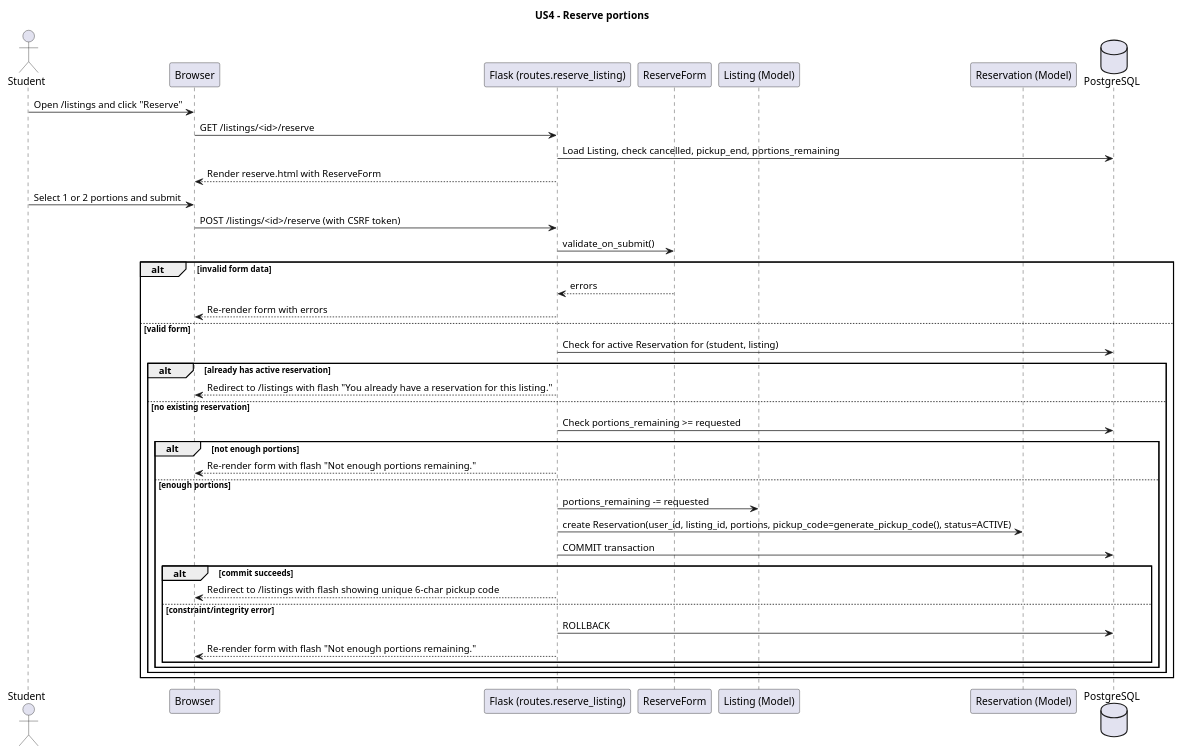
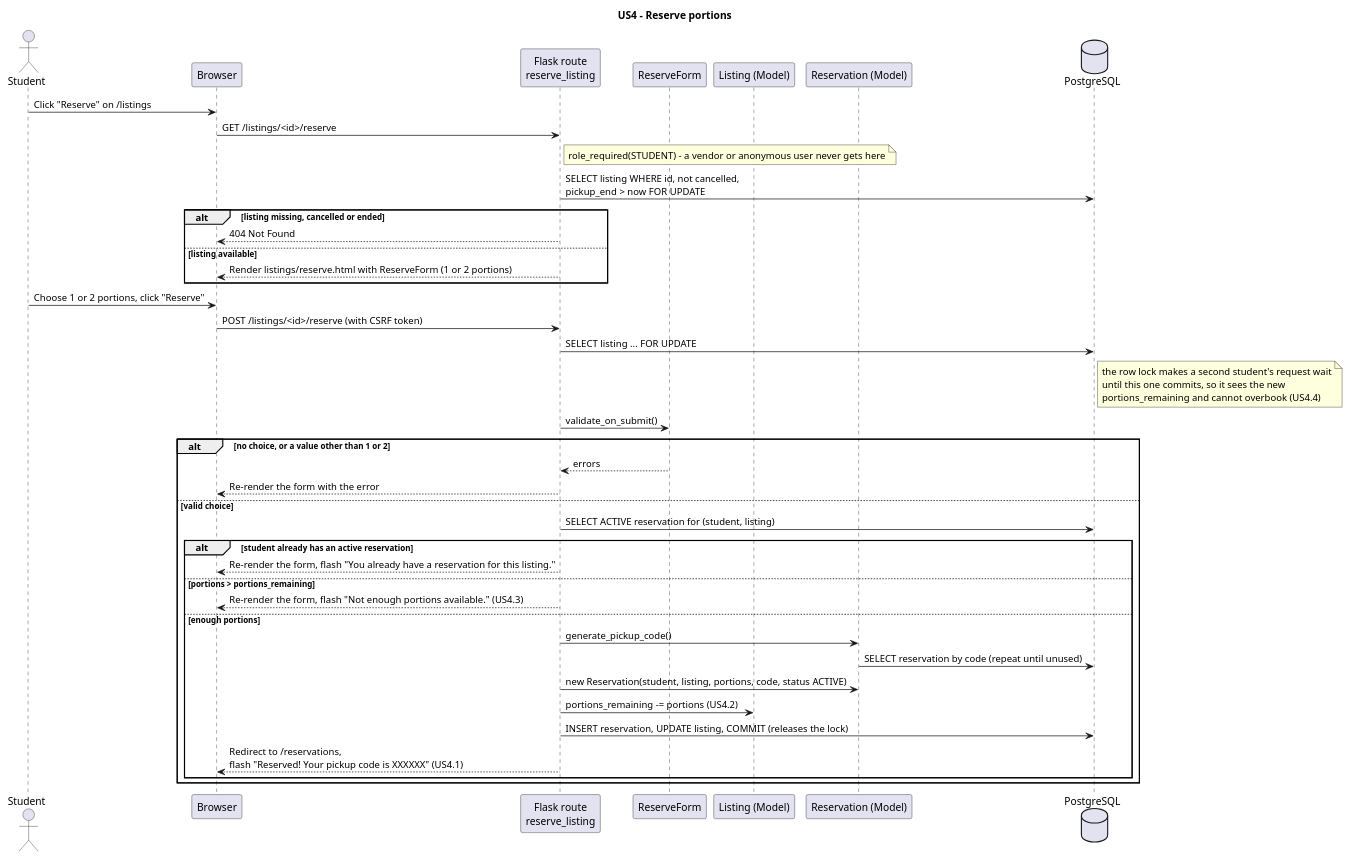
One commit to AdenPotato/CS3250-project-2 changed the diagram in uml/sequence-US4.wsd. Above: the diagram before and after it, drawn with PlantUML. The commit also changed 3 other files, not shown here.

```diff
--- a/uml/sequence-US4.wsd
+++ b/uml/sequence-US4.wsd
@@ -1,45 +1,50 @@
 @startuml US4-Reserve-Portions
 title US4 - Reserve portions
 
 actor Student
 participant "Browser" as Browser
-participant "Flask (routes.reserve_listing)" as Route
+participant "Flask route\nreserve_listing" as Route
 participant "ReserveForm" as Form
 participant "Listing (Model)" as Listing
 participant "Reservation (Model)" as Reservation
 database "PostgreSQL" as DB
 
-Student -> Browser: Open /listings and click "Reserve"
+Student -> Browser: Click "Reserve" on /listings
 Browser -> Route: GET /listings/<id>/reserve
-Route -> DB: Load Listing, check cancelled, pickup_end, portions_remaining
-Route --> Browser: Render reserve.html with ReserveForm
+note right of Route: role_required(STUDENT) - a vendor or anonymous user never gets here
+Route -> DB: SELECT listing WHERE id, not cancelled,\npickup_end > now FOR UPDATE
+alt listing missing, cancelled or ended
+  Route --> Browser: 404 Not Found
+else listing available
+  Route --> Browser: Render listings/reserve.html with ReserveForm (1 or 2 portions)
+end
 
-Student -> Browser: Select 1 or 2 portions and submit
+Student -> Browser: Choose 1 or 2 portions, click "Reserve"
 Browser -> Route: POST /listings/<id>/reserve (with CSRF token)
+Route -> DB: SELECT listing ... FOR UPDATE
+note right of DB
+  the row lock makes a second student's request wait
+  until this one commits, so it sees the new
+  portions_remaining and cannot overbook (US4.4)
+end note
 Route -> Form: validate_on_submit()
-alt invalid form data
+alt no choice, or a value other than 1 or 2
   Form --> Route: errors
-  Route --> Browser: Re-render form with errors
-else valid form
-  Route -> DB: Check for active Reservation for (student, listing)
-  alt already has active reservation
-    Route --> Browser: Redirect to /listings with flash "You already have a reservation for this listing."
-  else no existing reservation
-    Route -> DB: Check portions_remaining >= requested
-    alt not enough portions
-      Route --> Browser: Re-render form with flash "Not enough portions remaining."
-    else enough portions
-      Route -> Listing: portions_remaining -= requested
-      Route -> Reservation: create Reservation(user_id, listing_id, portions, pickup_code=generate_pickup_code(), status=ACTIVE)
-      Route -> DB: COMMIT transaction
-      alt commit succeeds
-        Route --> Browser: Redirect to /listings with flash showing unique 6-char pickup code
-      else constraint/integrity error
-        Route -> DB: ROLLBACK
-        Route --> Browser: Re-render form with flash "Not enough portions remaining."
-      end
-    end
+  Route --> Browser: Re-render the form with the error
+else valid choice
+  Route -> DB: SELECT ACTIVE reservation for (student, listing)
+  alt student already has an active reservation
+    Route --> Browser: Re-render the form, flash "You already have a reservation for this listing."
+  else portions > portions_remaining
+    Route --> Browser: Re-render the form, flash "Not enough portions available." (US4.3)
+  else enough portions
+    Route -> Reservation: generate_pickup_code()
+    Reservation -> DB: SELECT reservation by code (repeat until unused)
+    Route -> Reservation: new Reservation(student, listing, portions, code, status ACTIVE)
+    Route -> Listing: portions_remaining -= portions (US4.2)
+    Route -> DB: INSERT reservation, UPDATE listing, COMMIT (releases the lock)
+    Route --> Browser: Redirect to /reservations,\nflash "Reserved! Your pickup code is XXXXXX" (US4.1)
   end
 end
 
 @enduml
```
